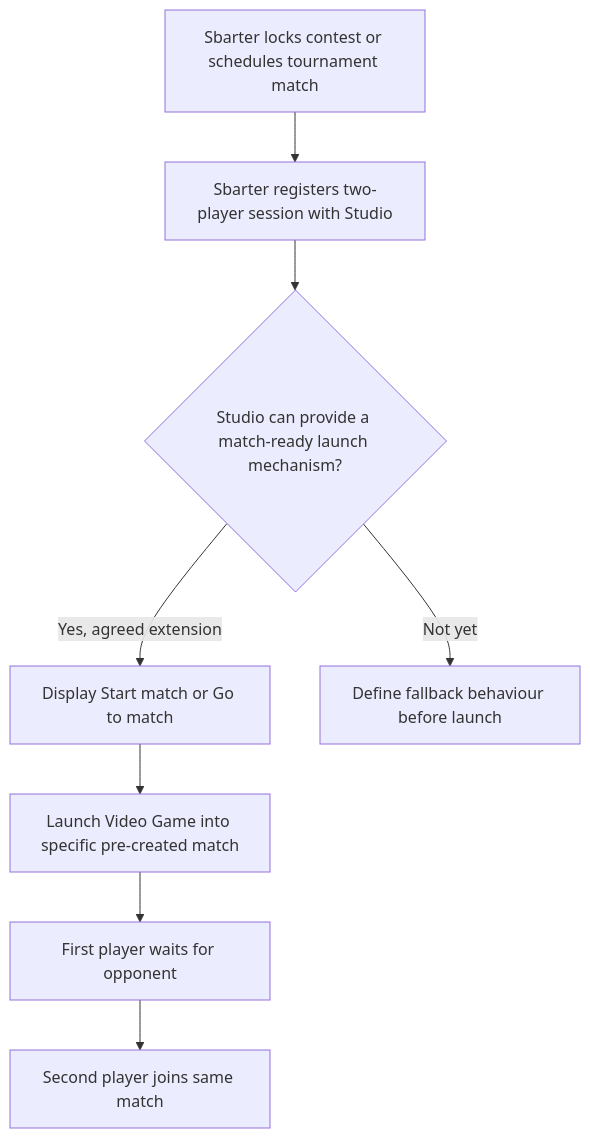
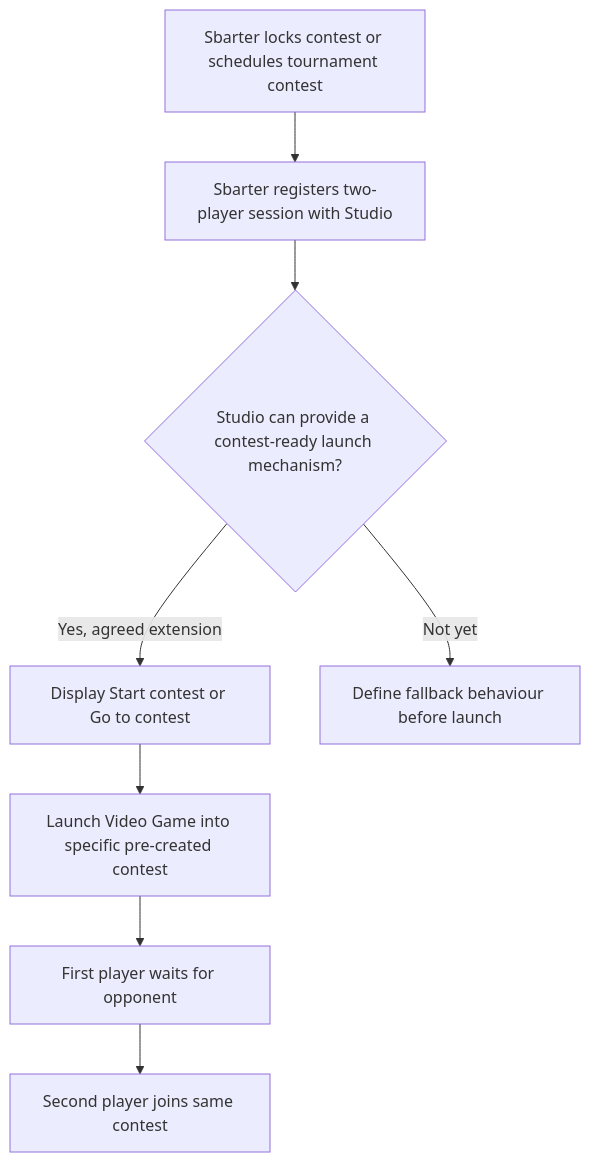
The second of 2 diagrams in guides/notifications.md (sbarter/docs), drawn with Mermaid before and after one commit. The commit also changed other lines of this file and 66 other files, not shown here.

````diff
--- a/guides/notifications.md
+++ b/guides/notifications.md
@@ -70,10 +70,10 @@
 ```mermaid
 flowchart TD
-    A[Sbarter locks contest or schedules tournament match] --> B[Sbarter registers two-player session with Studio]
-    B --> C{Studio can provide a match-ready launch mechanism?}
-    C -->|Yes, agreed extension| D[Display Start match or Go to match]
-    D --> E[Launch Video Game into specific pre-created match]
+    A[Sbarter locks contest or schedules tournament contest] --> B[Sbarter registers two-player session with Studio]
+    B --> C{Studio can provide a contest-ready launch mechanism?}
+    C -->|Yes, agreed extension| D[Display Start contest or Go to contest]
+    D --> E[Launch Video Game into specific pre-created contest]
     E --> F[First player waits for opponent]
-    F --> G[Second player joins same match]
+    F --> G[Second player joins same contest]
     C -->|Not yet| H[Define fallback behaviour before launch]
 ```
````
